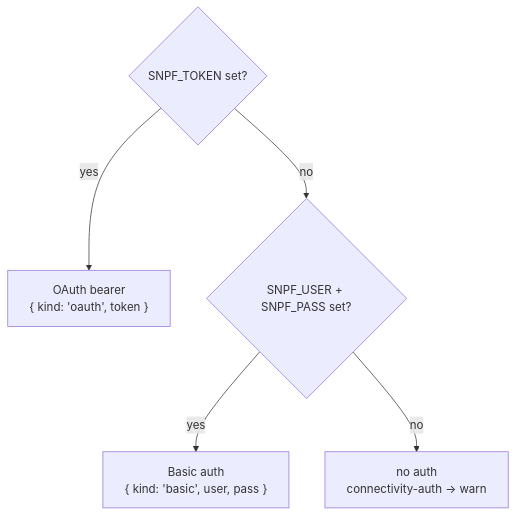
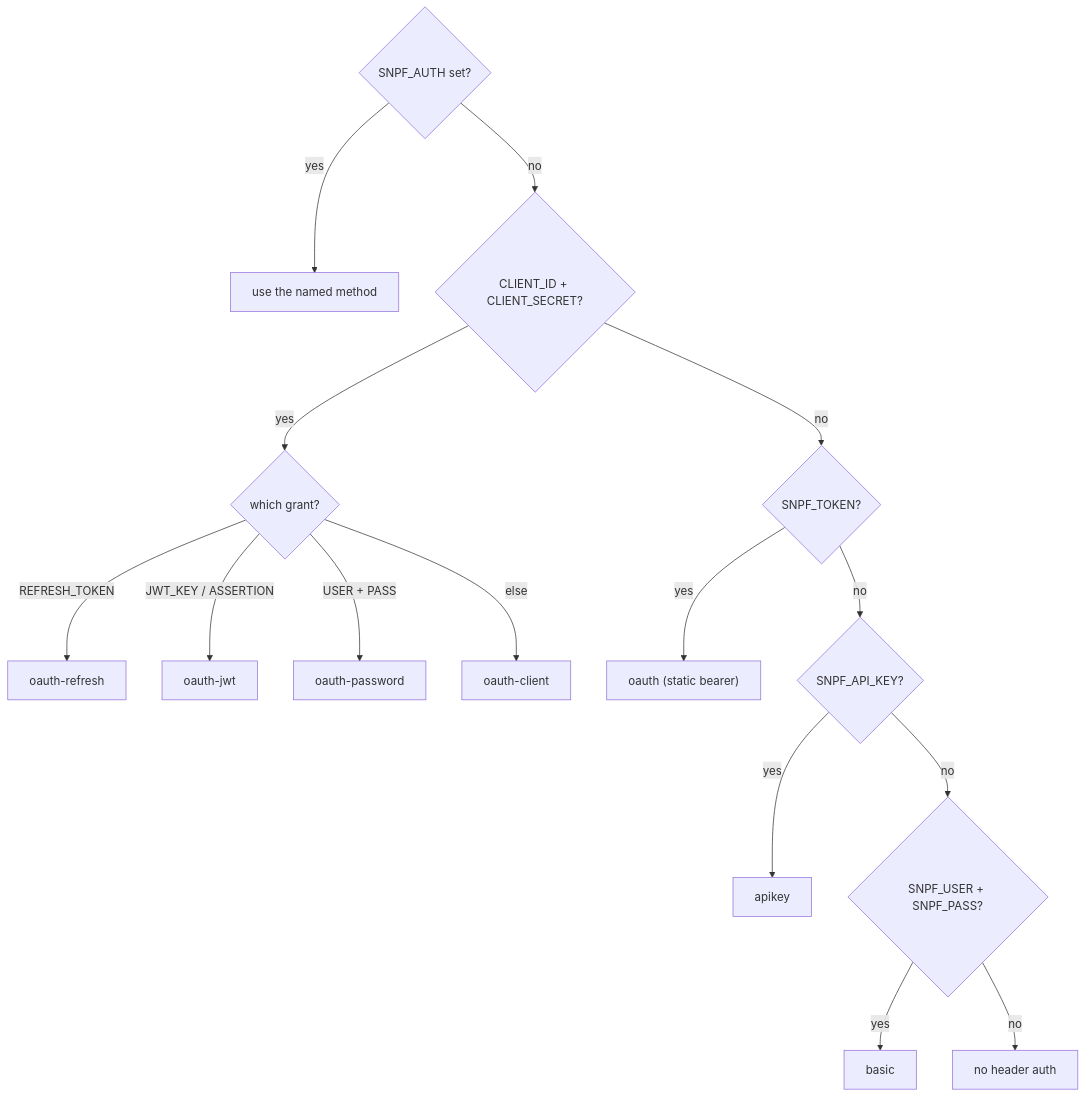
Before and after one commit to IvanBBaev/servicenow-preflight: the third of 6 diagrams in README.md, drawn with Mermaid. The commit also changed other lines of this file and 30 other files, not shown here.

````diff
--- a/README.md
+++ b/README.md
@@ -218,8 +261,18 @@
 ```mermaid
 flowchart TD
-    T{"SNPF_TOKEN set?"}
-    T -->|yes| OAUTH["OAuth bearer<br/>{ kind: 'oauth', token }"]
-    T -->|no| U{"SNPF_USER + SNPF_PASS set?"}
-    U -->|yes| BASIC["Basic auth<br/>{ kind: 'basic', user, pass }"]
-    U -->|no| NONE["no auth<br/>connectivity-auth → warn"]
+    A{"SNPF_AUTH set?"}
+    A -->|yes| FORCE["use the named method"]
+    A -->|no| C{"CLIENT_ID + CLIENT_SECRET?"}
+    C -->|yes| G{"which grant?"}
+    G -->|REFRESH_TOKEN| GR["oauth-refresh"]
+    G -->|JWT_KEY / ASSERTION| GJ["oauth-jwt"]
+    G -->|USER + PASS| GP["oauth-password"]
+    G -->|else| GC["oauth-client"]
+    C -->|no| T{"SNPF_TOKEN?"}
+    T -->|yes| OA["oauth (static bearer)"]
+    T -->|no| K{"SNPF_API_KEY?"}
+    K -->|yes| AK["apikey"]
+    K -->|no| U{"SNPF_USER + SNPF_PASS?"}
+    U -->|yes| BA["basic"]
+    U -->|no| NONE["no header auth"]
 ```
````
